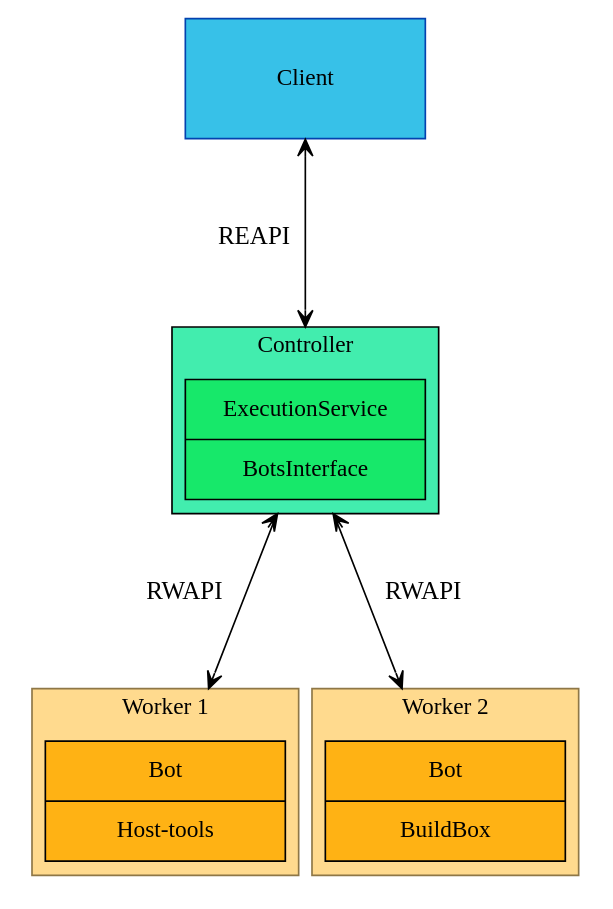
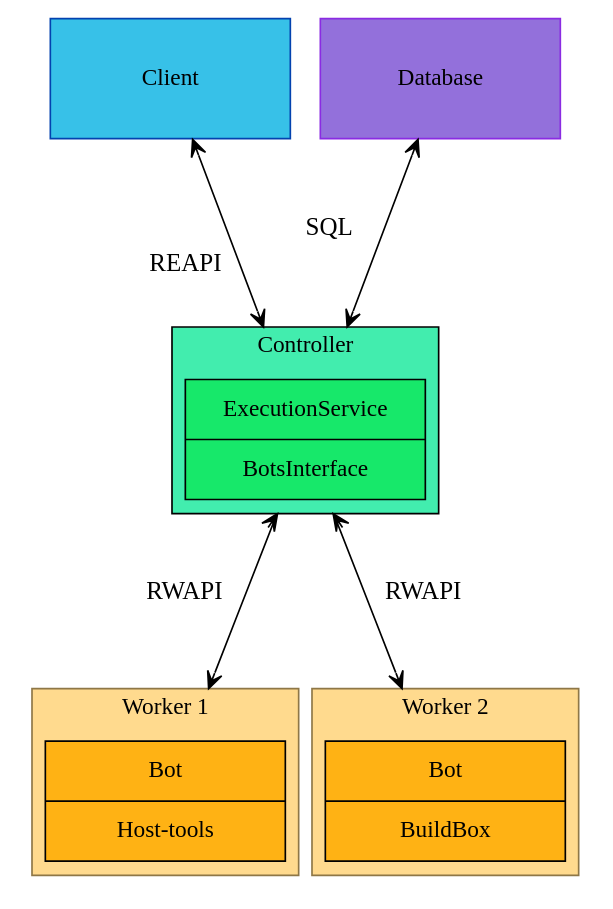
The first of 2 diagrams in docs/source/architecture_overview.rst (henryaj/buildgrid), drawn with Graphviz before and after one commit. The commit also changed other lines of this file, not shown here.

Commit message:
Add Database to Architecture Documentation

```diff
--- a/docs/source/architecture_overview.rst
+++ b/docs/source/architecture_overview.rst
@@ -43,6 +43,12 @@
 	client [label = "Client",
 	color="#0342af",
 	fillcolor="#37c1e8",
+	style=filled,
+	shape=box]
+
+	database [label = "Database",
+	color="#8a2be2",
+	fillcolor="#9370db",
 	style=filled,
 	shape=box]
 
@@ -87,6 +93,14 @@
 	    labelfontsize = 15.0,
 	    lhead=cluster_controller];
 
+	 database -> controller [
+	    dir = "both",
+	    headlabel = "SQL",
+	    labelangle = 20.0,
+	    labeldistance = 9,
+	    labelfontsize = 15.0,
+	    lhead=cluster_controller];
+
 	controller -> bot0 [
 	    dir = "both",
 	    labelangle= 340.0,
```
